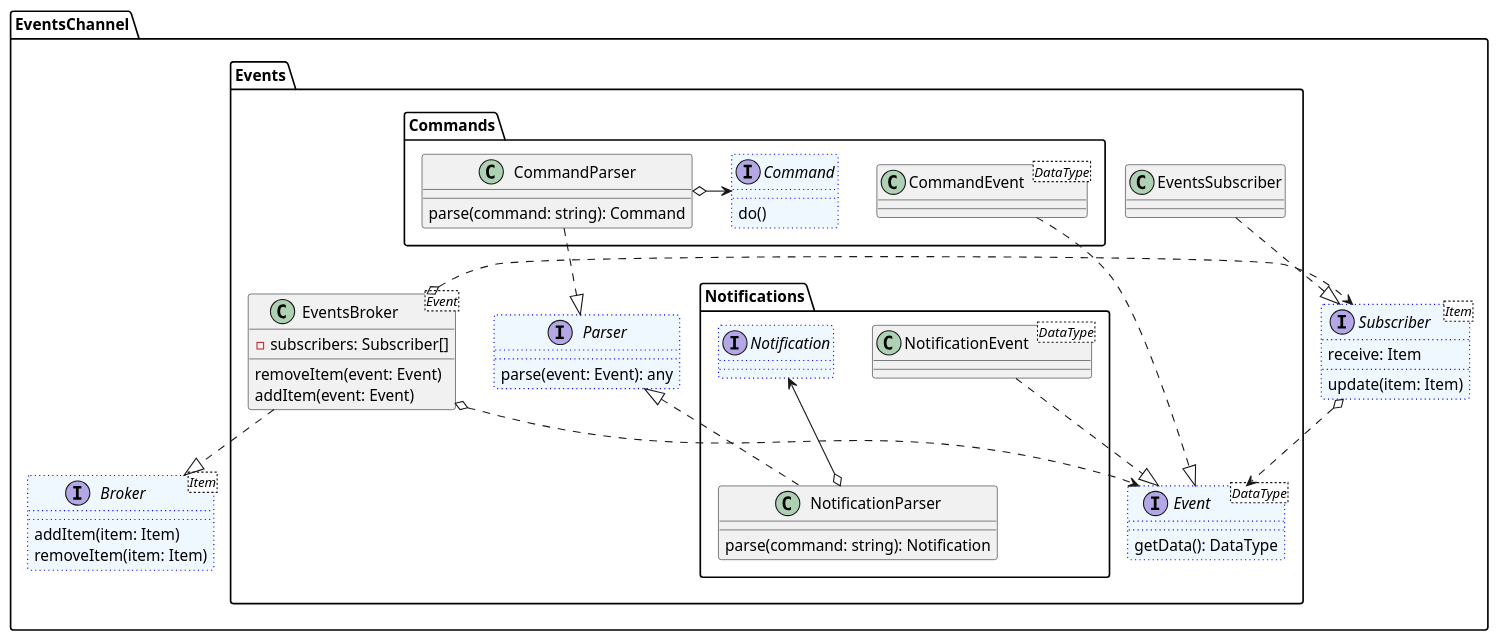
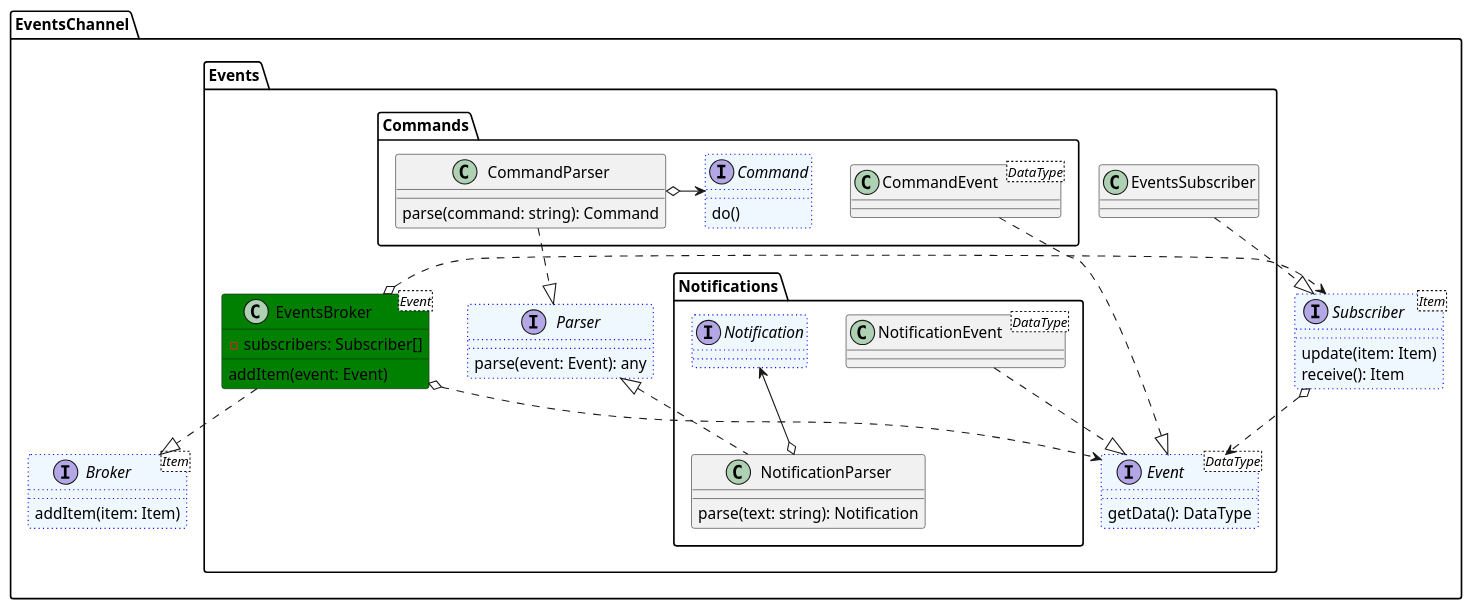
Before and after one commit to saratoga8/motion_notifier: the diagram in docs/events/EventsChannel.puml, drawn with PlantUML. The commit also changed 10 other files, not shown here.

```diff
--- a/docs/events/EventsChannel.puml
+++ b/docs/events/EventsChannel.puml
@@ -1,70 +1,68 @@
 @startuml
 'https://plantuml.com/class-diagram
 
 package EventsChannel {
    interface Broker<Item> #aliceblue ##[dotted]blue {
         addItem(item: Item)
-        removeItem(item: Item)
    }
 
    package Events {
-       class EventsBroker<Event> {
+       class EventsBroker<Event> #green {
          - subscribers: Subscriber[]
-         removeItem(event: Event)
          addItem(event: Event)
        }
 
 
        interface Event<DataType> #aliceblue ##[dotted]blue {
          getData(): DataType
        }
 
        interface Parser #aliceblue ##[dotted]blue {
            parse(event: Event): any
        }
 
        package Commands {
             class CommandEvent<DataType> {}
 
             class CommandParser {
                parse(command: string): Command
             }
 
             interface Command #aliceblue ##[dotted]blue {
                do()
             }
 
             CommandParser o-> Command
        }
 
        package Notifications {
            class NotificationParser {
-              parse(command: string): Notification
+              parse(text: string): Notification
            }
 
            class NotificationEvent<DataType> {}
            interface Notification #aliceblue ##[dotted]blue
        }
 
        class EventsSubscriber {}
    }
 
    CommandEvent ..|> Event
    NotificationEvent ..|> Event
    CommandParser ..|> Parser
    Parser <|.. NotificationParser
    NotificationParser o-up-> Notification
 
    interface Subscriber<Item> #aliceblue ##[dotted]blue {
       update(item: Item)
-      receive: Item
+      receive(): Item
    }
 }
 
 Subscriber o..> Event
 EventsBroker o..> Event
 Subscriber <..lefto EventsBroker
 EventsBroker ..|> Broker
 EventsSubscriber ..|> Subscriber
 
 @enduml
```
